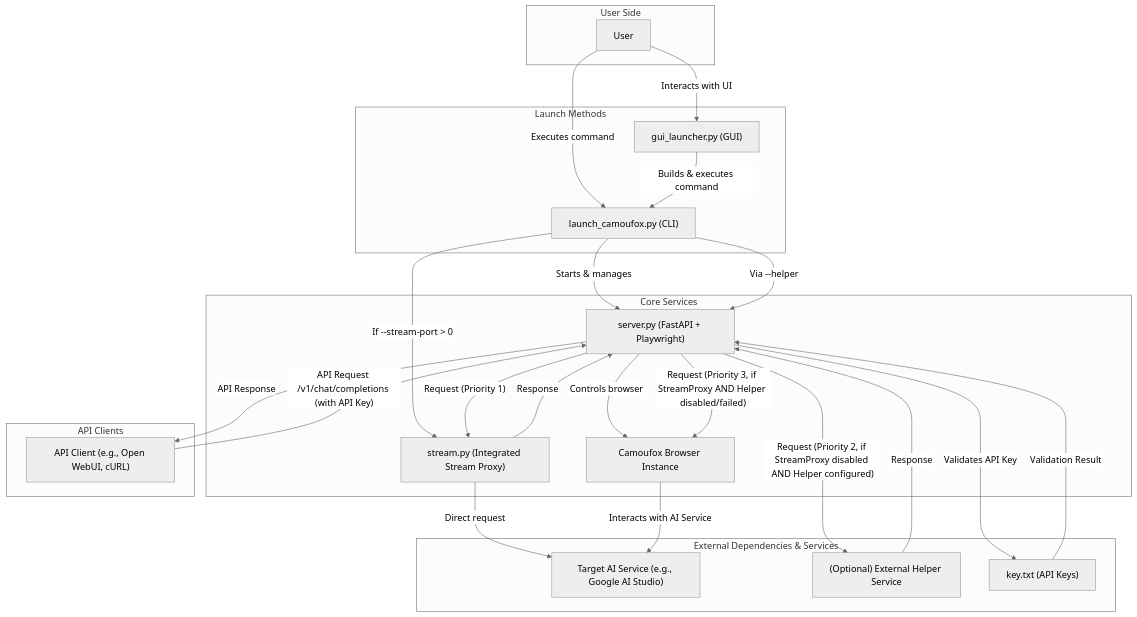
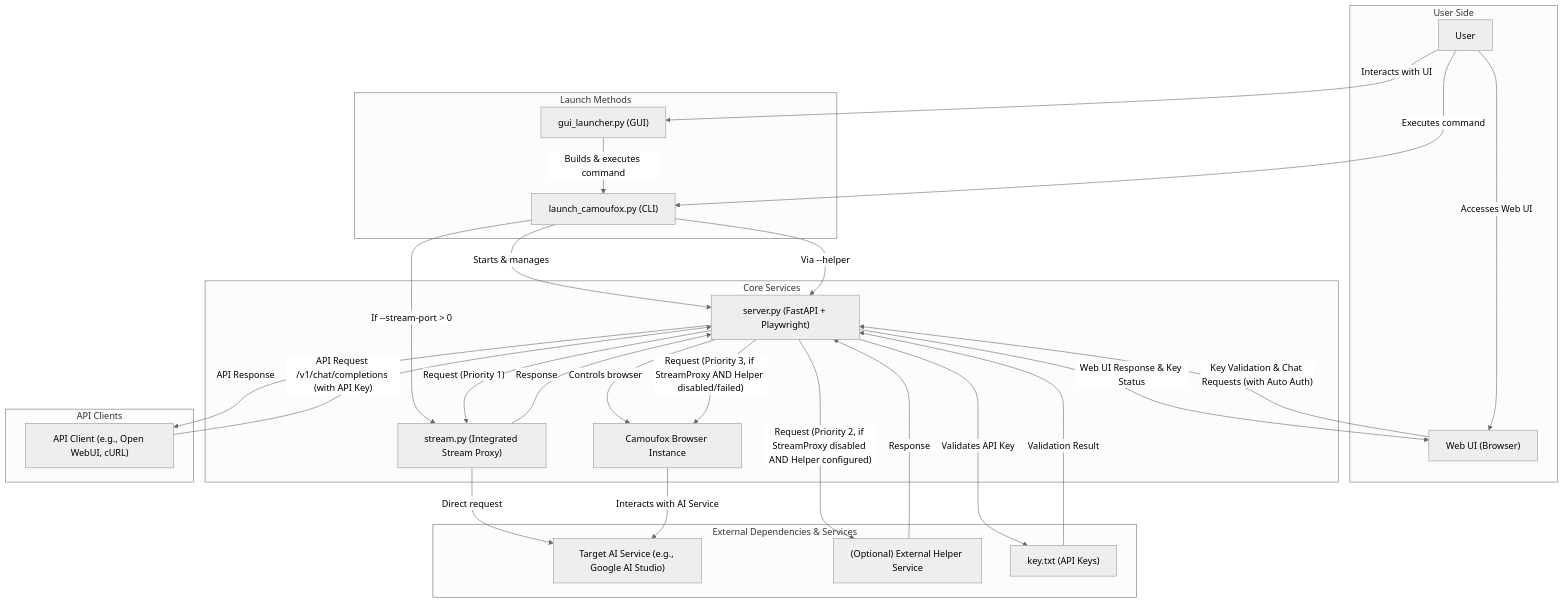
Before and after one commit to yattin/AIstudioProxyAPI: the diagram in README.md, drawn with Mermaid (neutral theme). The commit also changed other lines of this file and 4 other files, not shown here.

````diff
--- a/README.md
+++ b/README.md
@@ -281,52 +292,56 @@
 ```mermaid
 graph TD
     subgraph "User Side"
         User["User"]
+        WebUI["Web UI (Browser)"]
     end
 
     subgraph "Launch Methods"
         CLI_Launch["launch_camoufox.py (CLI)"]
         GUI_Launch["gui_launcher.py (GUI)"]
     end
 
     subgraph "Core Services"
         ServerPY["server.py (FastAPI + Playwright)"]
         StreamProxy["stream.py (Integrated Stream Proxy)"]
         CamoufoxInstance["Camoufox Browser Instance"]
     end
 
     subgraph "External Dependencies & Services"
         AI_Studio["Target AI Service (e.g., Google AI Studio)"]
         OptionalHelper["(Optional) External Helper Service"]
         KeyFile["key.txt (API Keys)"]
     end
 
     subgraph "API Clients"
         API_Client["API Client (e.g., Open WebUI, cURL)"]
     end
 
     User -- "Executes command" --> CLI_Launch
     User -- "Interacts with UI" --> GUI_Launch
-    
+    User -- "Accesses Web UI" --> WebUI
+
     GUI_Launch -- "Builds & executes command" --> CLI_Launch
 
     CLI_Launch -- "Starts & manages" --> ServerPY
     CLI_Launch -- "If --stream-port > 0" --> StreamProxy
     CLI_Launch -- "Via --helper <url>" --> ServerPY
-    
+
     ServerPY -- "Controls browser" --> CamoufoxInstance
     ServerPY -- "Request (Priority 1)" --> StreamProxy
     StreamProxy -- "Direct request" --> AI_Studio
     StreamProxy -- "Response" --> ServerPY
-    
+
     ServerPY -- "Request (Priority 2, if StreamProxy disabled AND Helper configured)" --> OptionalHelper
     OptionalHelper -- "Response" --> ServerPY
 
     ServerPY -- "Request (Priority 3, if StreamProxy AND Helper disabled/failed)" --> CamoufoxInstance
     CamoufoxInstance -- "Interacts with AI Service" --> AI_Studio
-    
+
     API_Client -- "API Request /v1/chat/completions (with API Key)" --> ServerPY
+    WebUI -- "Key Validation & Chat Requests (with Auto Auth)" --> ServerPY
     ServerPY -- "Validates API Key" --> KeyFile
     KeyFile -- "Validation Result" --> ServerPY
     ServerPY -- "API Response" --> API_Client
+    ServerPY -- "Web UI Response & Key Status" --> WebUI
 ```
````
